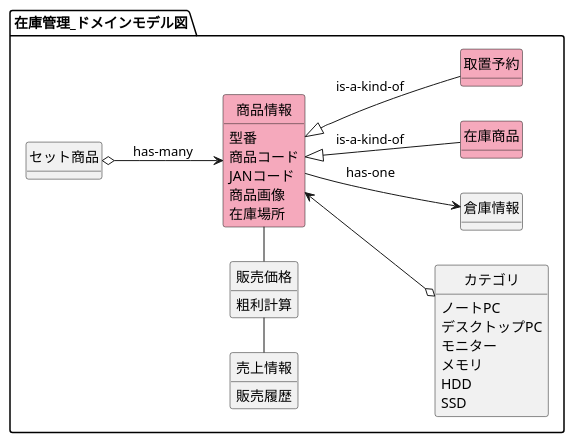
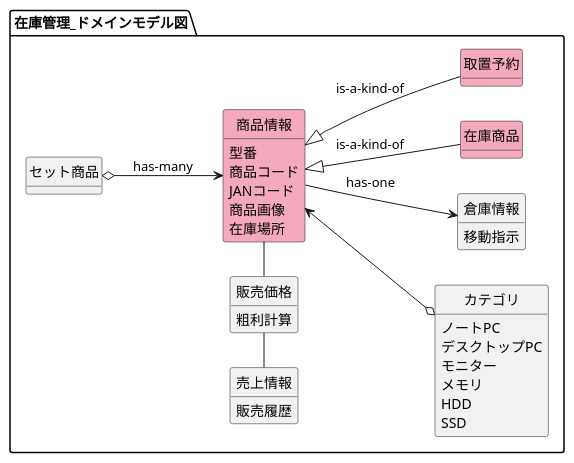
One commit to HaruShim/Sotuken changed the diagram in 各種設計書/1ドメインモデル図/ドメインモデル図_在庫.wsd. Above: the diagram before and after it, drawn with PlantUML. The commit also changed 3 other files, not shown here.

```diff
--- a/各種設計書/1ドメインモデル図/ドメインモデル図_在庫.wsd
+++ b/各種設計書/1ドメインモデル図/ドメインモデル図_在庫.wsd
@@ -1,84 +1,85 @@
 @startuml domainmodel
 left to right direction
 
 hide circle
 hide method
 
 
 
 ' 正規社員 -[hidden]- 非正規社員
 
 
 ' package マスタ管理_ドメインモデル図 {
 '   class ベンチマークマスタ
 '   class 商品情報
 '   class 売上情報
 '   class 販売履歴
 '   class 従業員情報
 '   class 店舗情報
 '   class 権限
 
 '   ' 正規社員 - ベンチマークマスタ
 ' }
 
 package 在庫管理_ドメインモデル図 {
 
   class 商品情報 #F5A9BC
   class カテゴリ
   class 倉庫情報
   class 在庫商品 #F5A9BC
   class セット商品
   class 取置予約 #F5A9BC
   ' class 粗利計算
   class 販売価格
   class 売上情報
   ' class 販売履歴
   ' mix_actor 従業員
 
 
   商品情報 : 型番
   商品情報 : 商品コード
   商品情報 : JANコード
   商品情報 : 商品画像
   商品情報 : 在庫場所
   カテゴリ : ノートPC
   カテゴリ : デスクトップPC
   カテゴリ : モニター
   カテゴリ : メモリ
   カテゴリ : HDD
   カテゴリ : SSD
   売上情報 : 販売履歴
   販売価格 : 粗利計算
+  倉庫情報 : 移動指示
 '   ' 商品 : 価格
 
   ' 従業員 -> ログイン : has-one
 
   ' ユーザ --> カート
   ' カート o--> 商品 : has-many
   ' 商品 <--o カテゴリ
   ' ユーザ o--> 注文
   ' 注文 o--> 商品
   ' ユーザ --> ウィッシュリスト
   ' ウィッシュリスト o--> 商品
   ' ユーザ o--> レビュー
   ' レビュー <--o 商品
   セット商品 o--> 商品情報 : has-many
   商品情報 --> 倉庫情報 : has-one
   商品情報 <|-- 取置予約 : is-a-kind-of
   商品情報 <|-- 在庫商品 : is-a-kind-of
   商品情報 <--o カテゴリ
   販売価格 -left- 売上情報
   ' 販売価格 -up- 粗利計算
   商品情報 -left- 販売価格
   ' 販売価格 -[hidden]up- 売上情報
   
 
 }
 
 ' package 従業員内容 {
 '   mix_actor 正規社員
 '   mix_actor 非正規社員
 ' }
 ' 在庫管理_ドメインモデル図 -[hidden]down- 従業員内容
 
 @enduml
```
